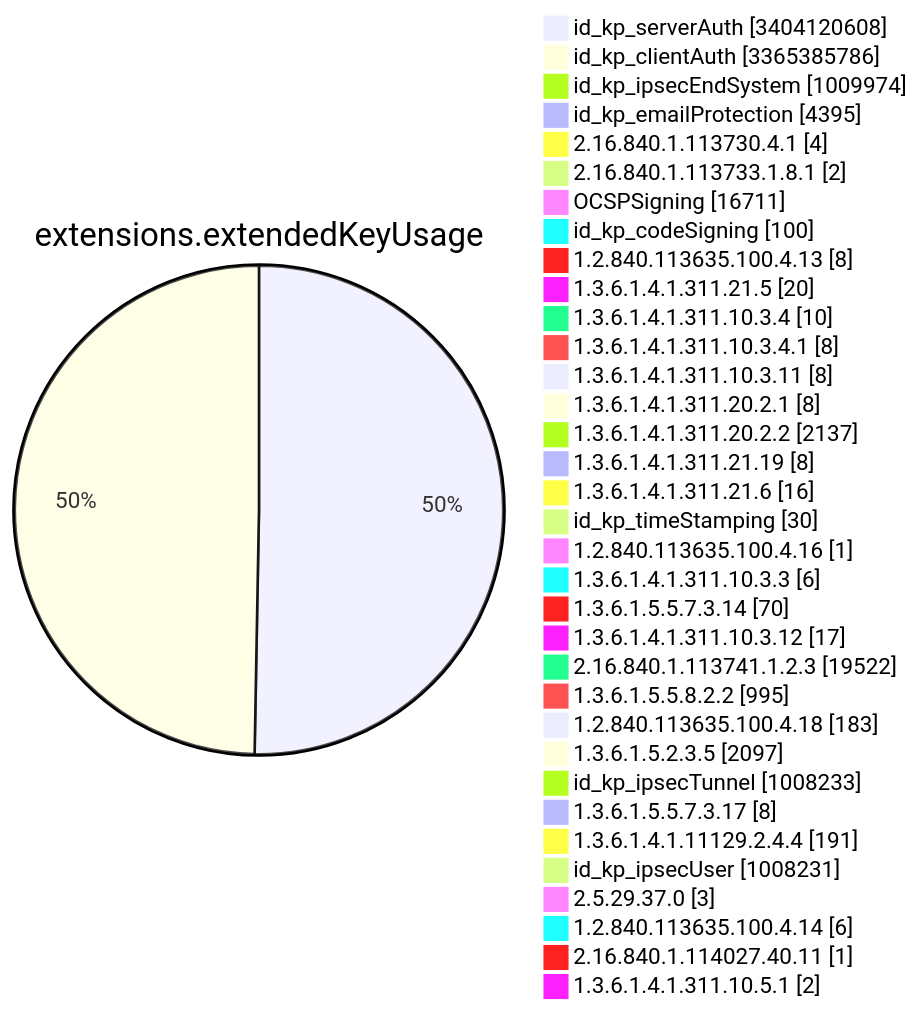
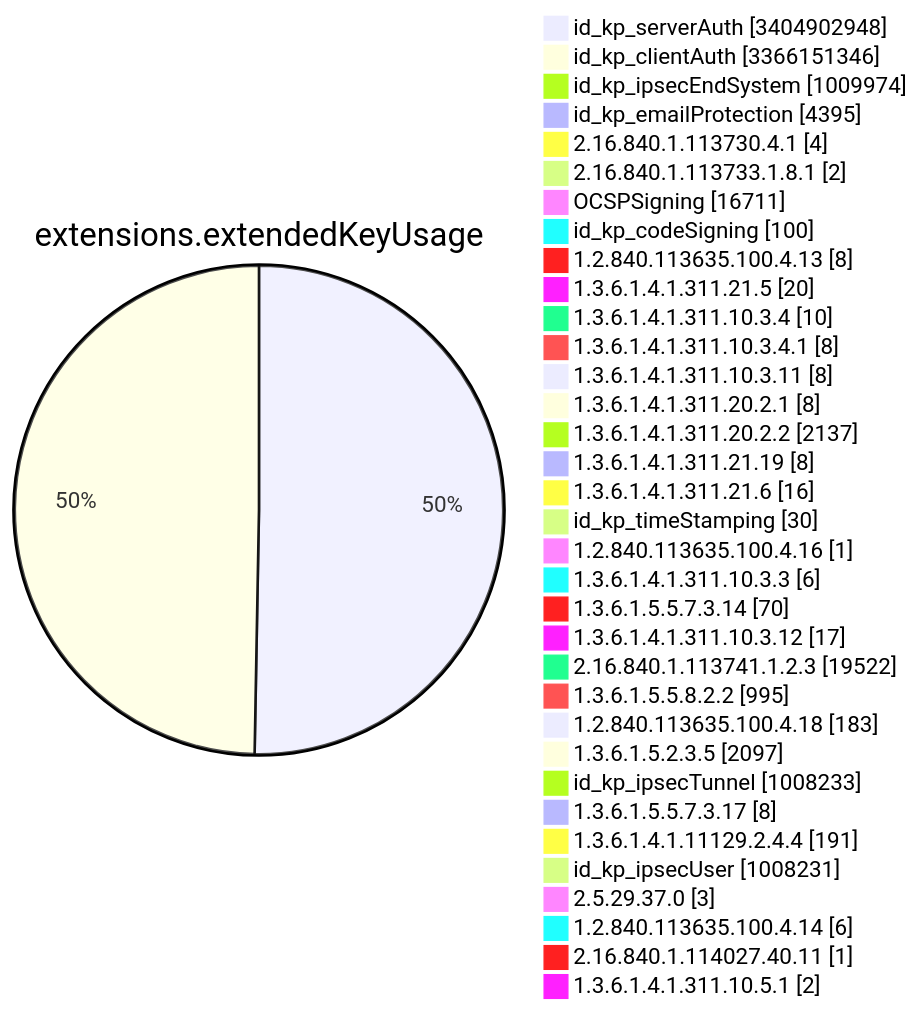
Diagram 11 of 15 in TOTAL/README.md (christiankrug/ctmonitor_visualization), drawn with Mermaid before and after one commit. The commit also changed other lines of this file, not shown here.

````diff
--- a/TOTAL/README.md
+++ b/TOTAL/README.md
@@ -4121,38 +4121,38 @@
 ```mermaid
 pie showData
 title extensions.extendedKeyUsage
-"id_kp_serverAuth" :3404120608
-"id_kp_clientAuth" :3365385786
+"id_kp_serverAuth" :3404902948
+"id_kp_clientAuth" :3366151346
 "id_kp_ipsecEndSystem" :1009974
 "id_kp_emailProtection" :4395
 "2.16.840.1.113730.4.1" :4
 "2.16.840.1.113733.1.8.1" :2
 "OCSPSigning" :16711
 "id_kp_codeSigning" :100
 "1.2.840.113635.100.4.13" :8
 "1.3.6.1.4.1.311.21.5" :20
 "1.3.6.1.4.1.311.10.3.4" :10
 "1.3.6.1.4.1.311.10.3.4.1" :8
 "1.3.6.1.4.1.311.10.3.11" :8
 "1.3.6.1.4.1.311.20.2.1" :8
 "1.3.6.1.4.1.311.20.2.2" :2137
 "1.3.6.1.4.1.311.21.19" :8
 "1.3.6.1.4.1.311.21.6" :16
 "id_kp_timeStamping" :30
 "1.2.840.113635.100.4.16" :1
 "1.3.6.1.4.1.311.10.3.3" :6
 "1.3.6.1.5.5.7.3.14" :70
 "1.3.6.1.4.1.311.10.3.12" :17
 "2.16.840.1.113741.1.2.3" :19522
 "1.3.6.1.5.5.8.2.2" :995
 "1.2.840.113635.100.4.18" :183
 "1.3.6.1.5.2.3.5" :2097
 "id_kp_ipsecTunnel" :1008233
 "1.3.6.1.5.5.7.3.17" :8
 "1.3.6.1.4.1.11129.2.4.4" :191
 "id_kp_ipsecUser" :1008231
 "2.5.29.37.0" :3
 "1.2.840.113635.100.4.14" :6
 "2.16.840.1.114027.40.11" :1
 "1.3.6.1.4.1.311.10.5.1" :2
 ```
````
